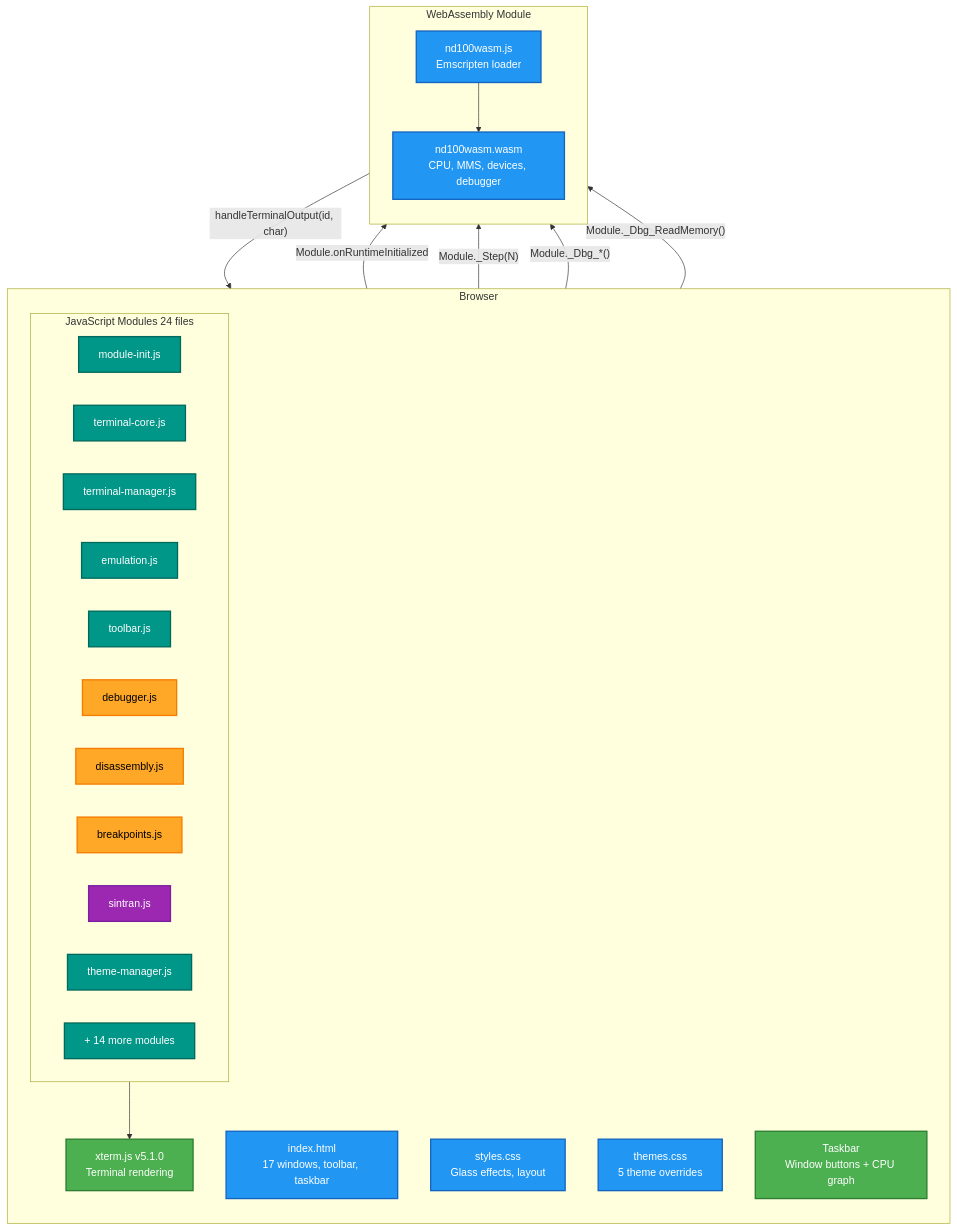
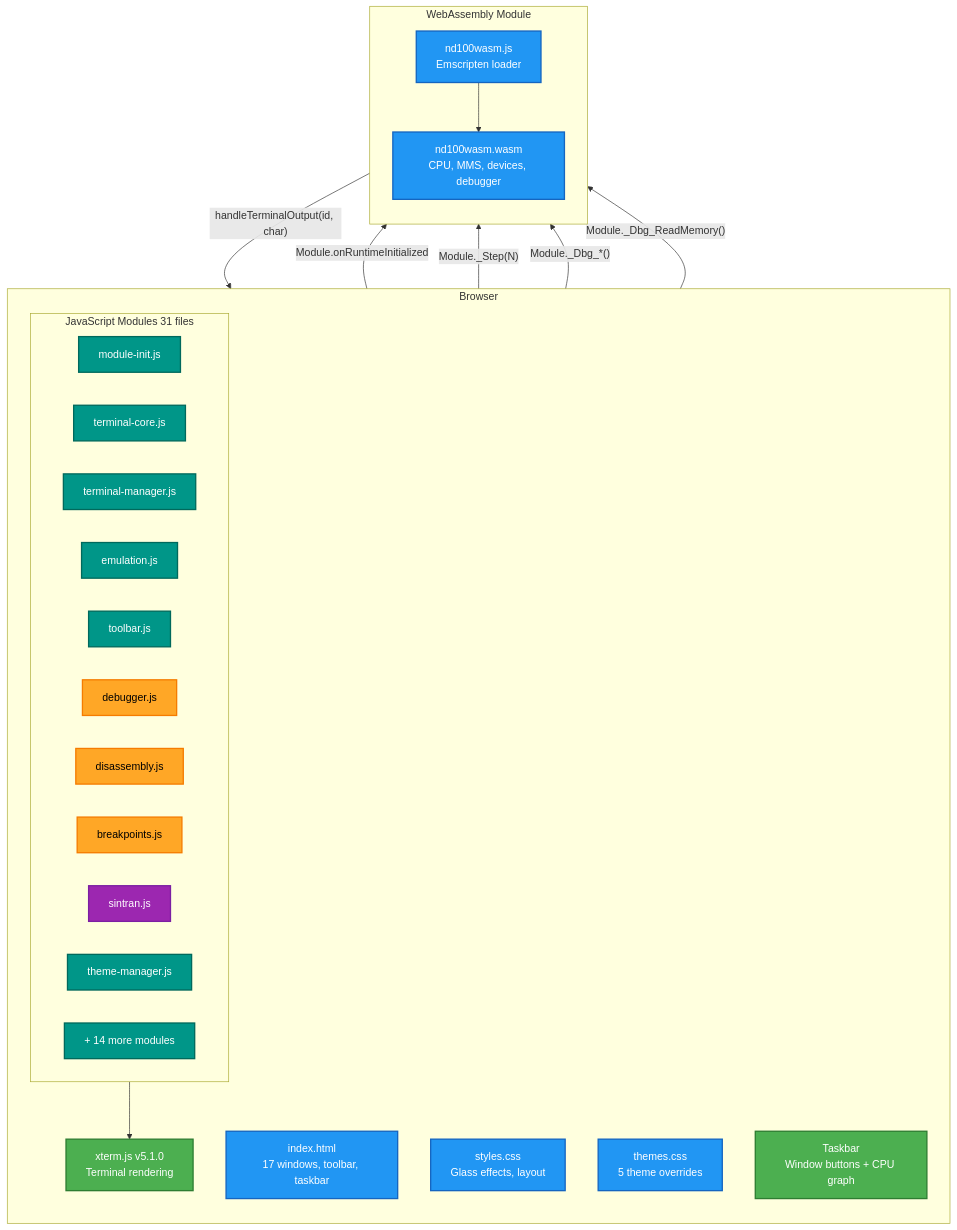
One commit to HackerCorpLabs/nd100x changed the first of 3 diagrams in GLASS.md. Above: the diagram before and after it, drawn with Mermaid. The commit also changed other lines of this file and 1 other file, not shown here.

````diff
--- a/GLASS.md
+++ b/GLASS.md
@@ -50,54 +50,54 @@
 ```mermaid
 flowchart TB
     subgraph Browser
         direction TB
         HTML["index.html<br/>17 windows, toolbar, taskbar"]
         CSS1["styles.css<br/>Glass effects, layout"]
         CSS2["themes.css<br/>5 theme overrides"]
 
-        subgraph JS["JavaScript Modules 24 files"]
+        subgraph JS["JavaScript Modules 31 files"]
             direction LR
             INIT["module-init.js"]
             TCORE["terminal-core.js"]
             TMGR["terminal-manager.js"]
             EMU["emulation.js"]
             TOOL["toolbar.js"]
             DBG["debugger.js"]
             DISASM["disassembly.js"]
             BP["breakpoints.js"]
             SINT["sintran.js"]
             THEME["theme-manager.js"]
             MORE["+ 14 more modules"]
         end
 
         XTERM["xterm.js v5.1.0<br/>Terminal rendering"]
         TASKBAR["Taskbar<br/>Window buttons + CPU graph"]
     end
 
     subgraph WASM["WebAssembly Module"]
         direction TB
         WASMJS["nd100wasm.js<br/>Emscripten loader"]
         WASMBIN["nd100wasm.wasm<br/>CPU, MMS, devices, debugger"]
     end
 
     INIT -->|"Module.onRuntimeInitialized"| WASMJS
     WASMJS --> WASMBIN
     EMU -->|"Module._Step(N)"| WASMBIN
     DBG -->|"Module._Dbg_*()"| WASMBIN
     SINT -->|"Module._Dbg_ReadMemory()"| WASMBIN
     WASMBIN -->|"handleTerminalOutput(id, char)"| TMGR
     TMGR --> XTERM
 
     classDef wasm fill:#2196F3,stroke:#1565C0,stroke-width:2px,color:#fff
     classDef jsmod fill:#009688,stroke:#00695C,stroke-width:2px,color:#fff
     classDef debugger fill:#FFA726,stroke:#F57C00,stroke-width:2px,color:#000
     classDef sintran fill:#9C27B0,stroke:#7B1FA2,stroke-width:2px,color:#fff
     classDef terminal fill:#4CAF50,stroke:#2E7D32,stroke-width:2px,color:#fff
 
     class HTML,CSS1,CSS2 wasm
     class INIT,TCORE,TMGR,EMU,TOOL,THEME,MORE jsmod
     class DBG,DISASM,BP debugger
     class SINT sintran
     class XTERM,TASKBAR terminal
     class WASMJS,WASMBIN wasm
 ```
````
